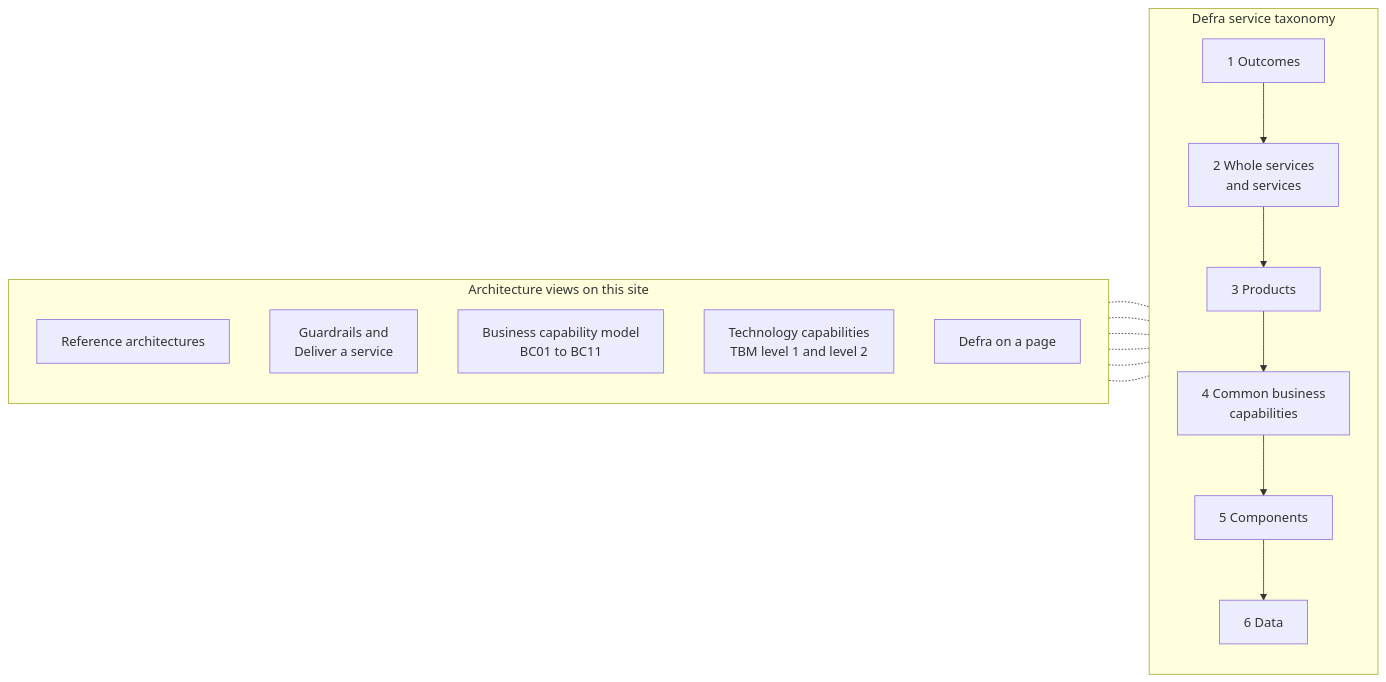
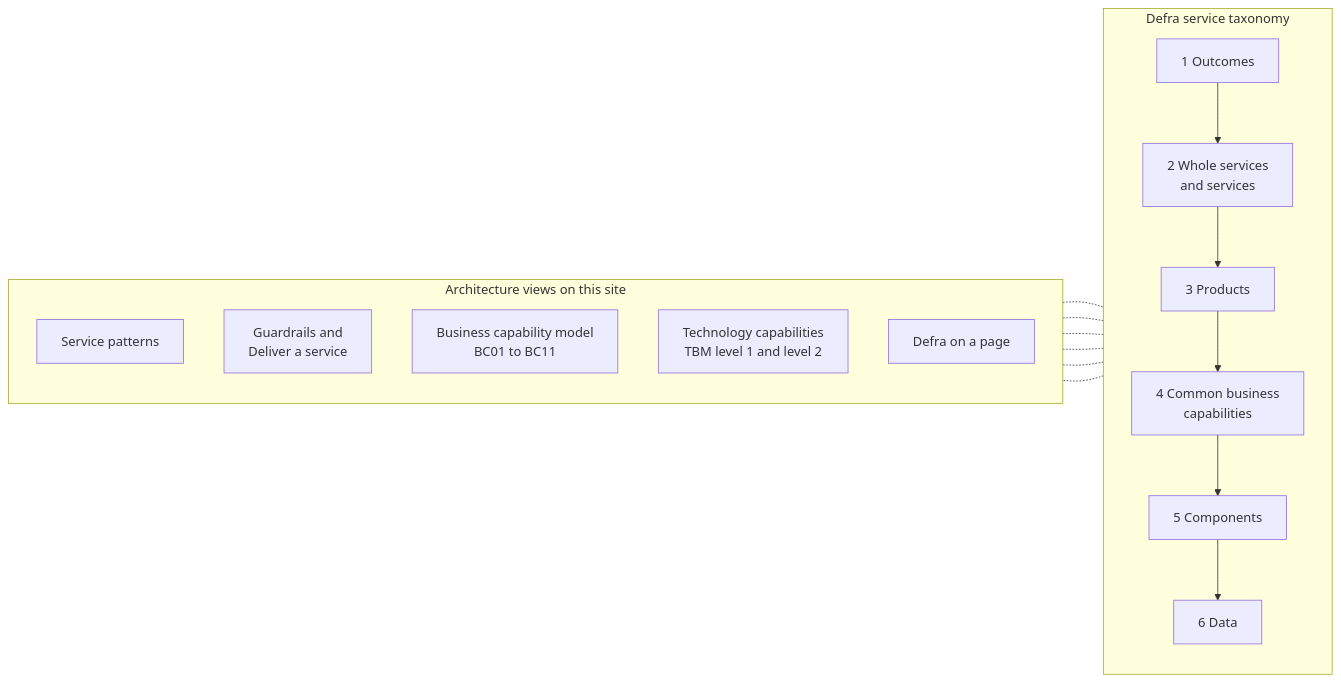
The diagram in docs/handrail/services-and-capabilities.md (DEFRA/architecture), drawn with Mermaid before and after one commit. The commit also changed other lines of this file and 32 other files, not shown here.

First line of the commit message:
Merge reference architectures into Patterns as service patterns

````diff
--- a/docs/handrail/services-and-capabilities.md
+++ b/docs/handrail/services-and-capabilities.md
@@ -39,27 +39,27 @@
 ```mermaid
 flowchart LR
     accTitle: How the Defra service taxonomy links to the architecture handrail
-    accDescr: The six levels of the service taxonomy are shown on the left, from outcomes, through whole services and services, products, common business capabilities and components, to data. On the right, the architecture views that sit at each level. Reference architectures describe common shapes of service. Guardrails and the Deliver a service section apply mainly to products. The business capability model is Defra's set of common business capabilities. Technology capabilities connect business capabilities to the components, including platforms, that provide them. Defra on a page describes the data and its authoritative sources.
+    accDescr: The six levels of the service taxonomy are shown on the left, from outcomes, through whole services and services, products, common business capabilities and components, to data. On the right, the architecture views that sit at each level. Service patterns describe common shapes of service. Guardrails and the Deliver a service section apply mainly to products. The business capability model is Defra's set of common business capabilities. Technology capabilities connect business capabilities to the components, including platforms, that provide them. Defra on a page describes the data and its authoritative sources.
     subgraph TAX["Defra service taxonomy"]
         direction TB
         L1["1 Outcomes"] --> L2["2 Whole services<br/>and services"]
         L2 --> L3["3 Products"]
         L3 --> L4["4 Common business<br/>capabilities"]
         L4 --> L5["5 Components"]
         L5 --> L6["6 Data"]
     end
     subgraph ARCH["Architecture views on this site"]
         direction TB
-        RA["Reference architectures"]
+        RA["Service patterns"]
         GR["Guardrails and<br/>Deliver a service"]
         BCM["Business capability model<br/>BC01 to BC11"]
         TC["Technology capabilities<br/>TBM level 1 and level 2"]
         DOP["Defra on a page"]
     end
     L2 -.- RA
     L3 -.- GR
     L4 -.- BCM
     L4 -.- TC
     TC -.- L5
     L6 -.- DOP
 ```
````
